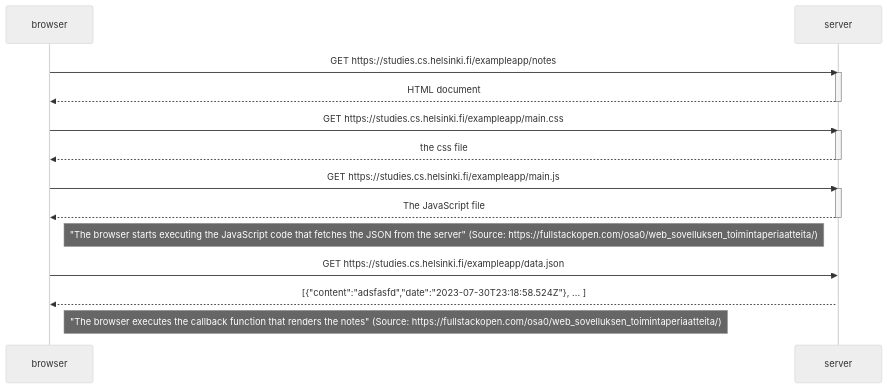
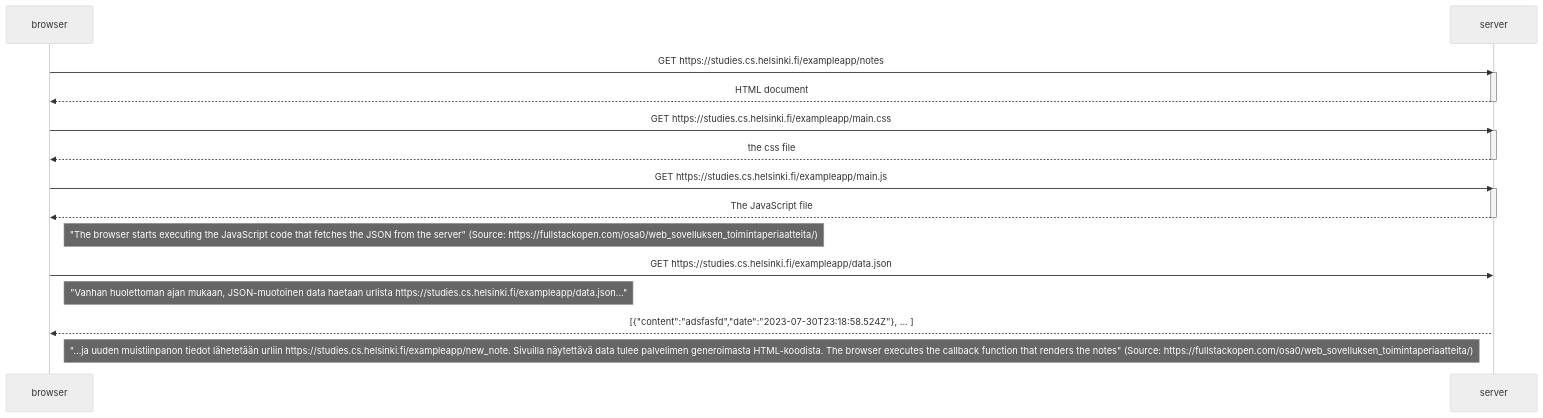
Before and after one commit to alelikak/fullstackopen: the diagram in 04.md, drawn with Mermaid (neutral theme).

````diff
--- a/04.md
+++ b/04.md
@@ -1,30 +1,31 @@
 ```mermaid
 sequenceDiagram
     participant browser
     participant server
     
     
     browser->>server: GET https://studies.cs.helsinki.fi/exampleapp/notes
     activate server
     server-->>browser: HTML document
     deactivate server
     
     browser->>server: GET https://studies.cs.helsinki.fi/exampleapp/main.css
     activate server
     server-->>browser: the css file
     deactivate server
     
     
     browser->>server: GET https://studies.cs.helsinki.fi/exampleapp/main.js
     activate server
     server-->>browser: The JavaScript file
     deactivate server    
 
     Note right of browser: "The browser starts executing the JavaScript code that fetches the JSON from the server" (Source: https://fullstackopen.com/osa0/web_sovelluksen_toimintaperiaatteita/)
     
 
     browser->>server: GET https://studies.cs.helsinki.fi/exampleapp/data.json
+Note right of browser: "Vanhan huolettoman ajan mukaan, JSON-muotoinen data haetaan urlista https://studies.cs.helsinki.fi/exampleapp/data.json..."
     activate server
     server-->>browser: [{"content":"adsfasfd","date":"2023-07-30T23:18:58.524Z"}, ... ]
-    Note right of browser: "The browser executes the callback function that renders the notes" (Source: https://fullstackopen.com/osa0/web_sovelluksen_toimintaperiaatteita/)
+    Note right of browser: "...ja uuden muistiinpanon tiedot lähetetään urliin https://studies.cs.helsinki.fi/exampleapp/new_note. Sivuilla näytettävä data tulee palvelimen generoimasta HTML-koodista. The browser executes the callback function that renders the notes" (Source: https://fullstackopen.com/osa0/web_sovelluksen_toimintaperiaatteita/)
 ```
````
